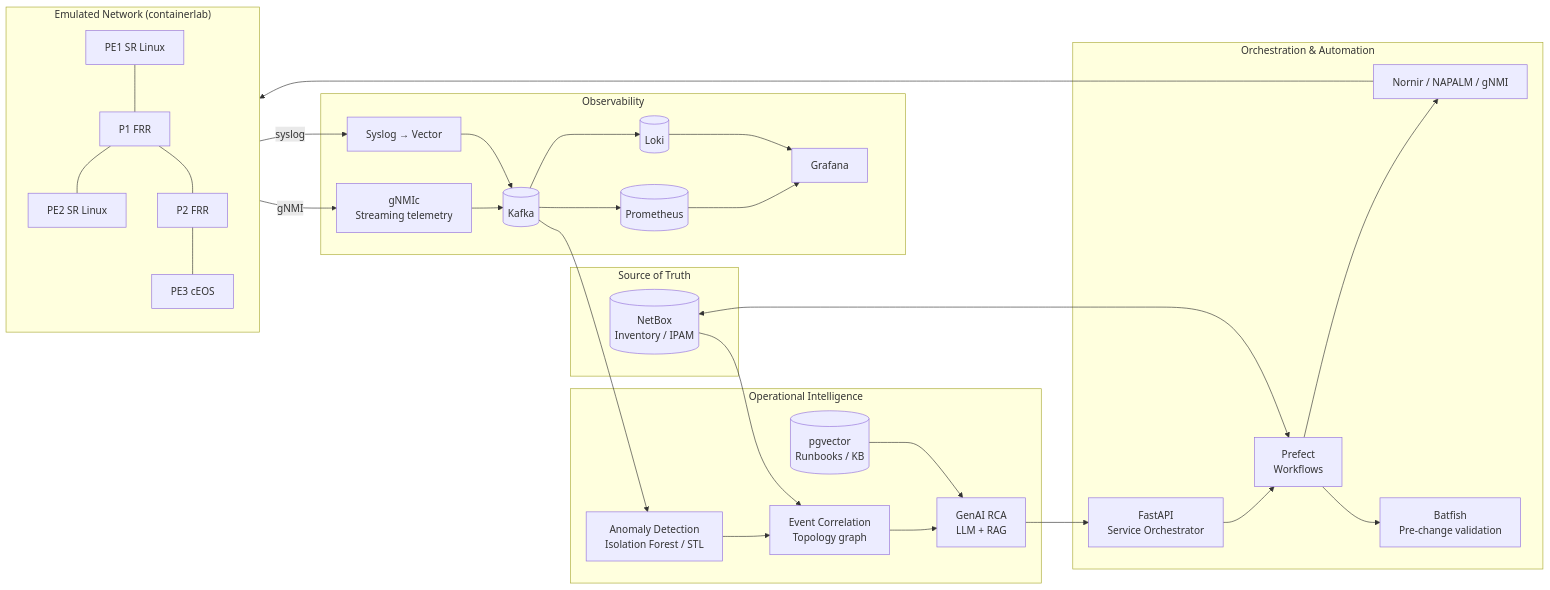
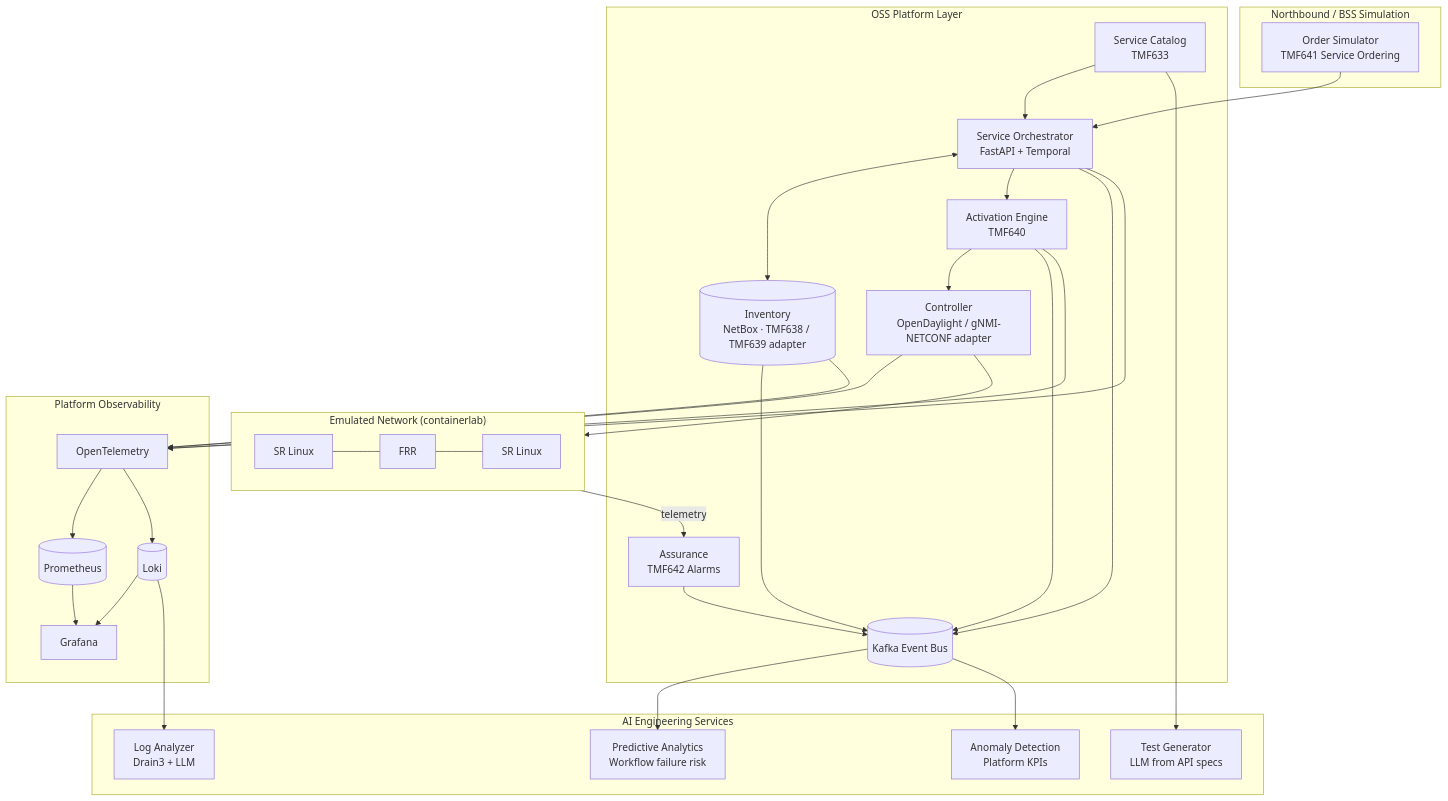
One commit to babalekpam/OSS-Automation-Platform-Lab changed the diagram in README.md. Above: the diagram before and after it, drawn with Mermaid. The commit also changed other lines of this file, not shown here.

````diff
--- a/README.md
+++ b/README.md
@@ -44,47 +44,45 @@
 ```mermaid
-flowchart LR
-    subgraph NET["Emulated Network (containerlab)"]
-        PE1[PE1 SR Linux] --- P1[P1 FRR] --- PE2[PE2 SR Linux]
-        P1 --- P2[P2 FRR] --- PE3[PE3 cEOS]
+flowchart TB
+    subgraph NB["Northbound / BSS Simulation"]
+        ORD[Order Simulator<br/>TMF641 Service Ordering]
     end
 
-    subgraph SOT["Source of Truth"]
-        NB[(NetBox<br/>Inventory / IPAM)]
+    subgraph OSS["OSS Platform Layer"]
+        CAT[Service Catalog<br/>TMF633]
+        SO[Service Orchestrator<br/>FastAPI + Temporal]
+        INV[(Inventory<br/>NetBox · TMF638 / TMF639 adapter)]
+        ACT[Activation Engine<br/>TMF640]
+        ASR[Assurance<br/>TMF642 Alarms]
+        CTL[Controller<br/>OpenDaylight / gNMI-NETCONF adapter]
+        BUS[(Kafka Event Bus)]
     end
 
-    subgraph ORCH["Orchestration & Automation"]
-        API[FastAPI<br/>Service Orchestrator]
-        WF[Prefect<br/>Workflows]
-        NR[Nornir / NAPALM / gNMI]
-        BF[Batfish<br/>Pre-change validation]
+    subgraph NET["Emulated Network (containerlab)"]
+        R1[SR Linux] --- R2[FRR] --- R3[SR Linux]
     end
 
-    subgraph OBS["Observability"]
-        GN[gNMIc<br/>Streaming telemetry]
-        SL[Syslog → Vector]
-        KF[(Kafka)]
+    subgraph OBS["Platform Observability"]
+        OTEL[OpenTelemetry]
         PR[(Prometheus)]
         LK[(Loki)]
         GF[Grafana]
     end
 
-    subgraph AI["Operational Intelligence"]
-        AD[Anomaly Detection<br/>Isolation Forest / STL]
-        EC[Event Correlation<br/>Topology graph]
-        RCA[GenAI RCA<br/>LLM + RAG]
-        VDB[(pgvector<br/>Runbooks / KB)]
+    subgraph AI["AI Engineering Services"]
+        TG[Test Generator<br/>LLM from API specs]
+        LA[Log Analyzer<br/>Drain3 + LLM]
+        PA[Predictive Analytics<br/>Workflow failure risk]
+        ADT[Anomaly Detection<br/>Platform KPIs]
     end
 
-    NET -- gNMI --> GN --> KF --> PR
-    NET -- syslog --> SL --> KF --> LK
-    PR --> GF
-    LK --> GF
-    KF --> AD --> EC --> RCA
-    VDB --> RCA
-    RCA --> API
-
-    API --> WF --> NR --> NET
-    WF --> BF
-    NB <--> WF
-    NB --> EC
+    ORD --> SO
+    CAT --> SO
+    SO <--> INV
+    SO --> ACT --> CTL --> NET
+    NET -- telemetry --> ASR
+    SO & ACT & ASR & INV --> BUS
+    SO & ACT & CTL & INV --> OTEL --> PR & LK --> GF
+    BUS --> PA & ADT
+    LK --> LA
+    CAT --> TG
 ```
````
